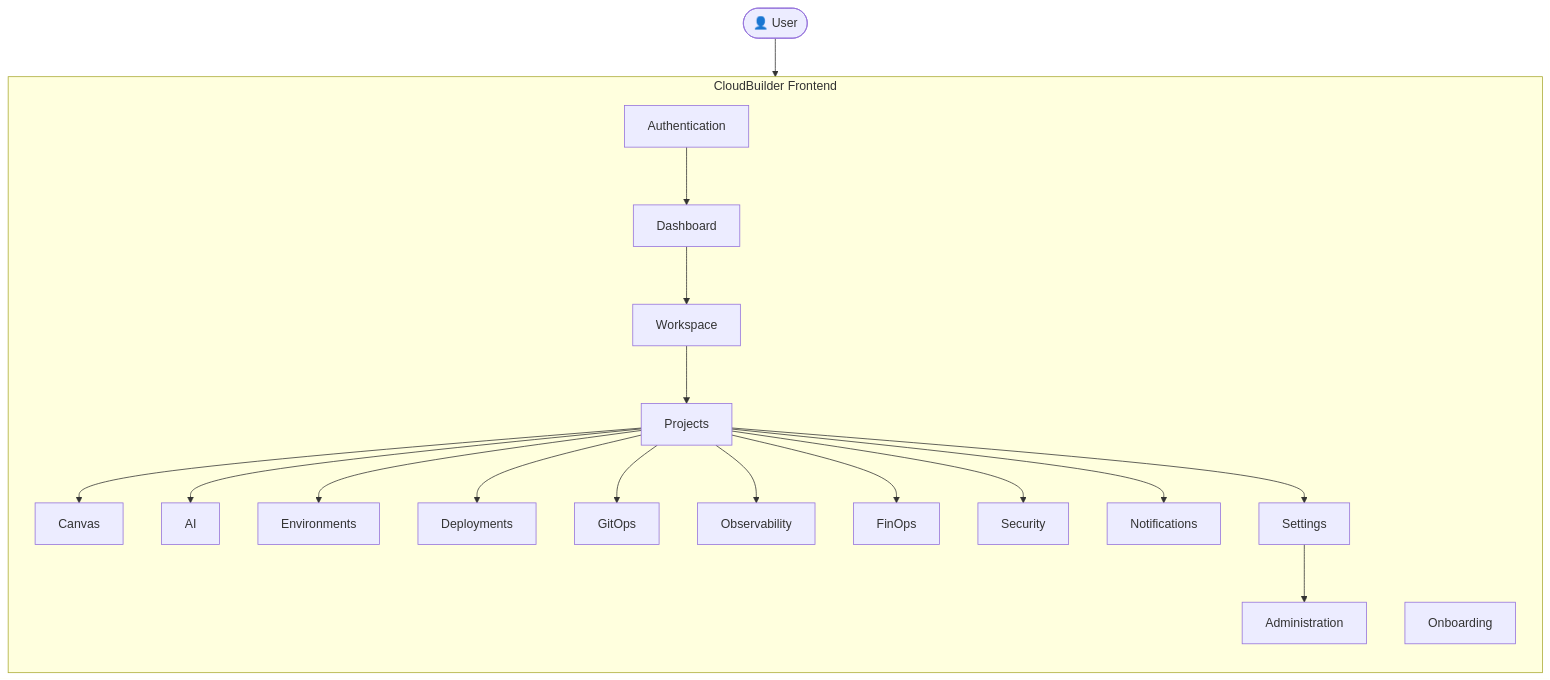
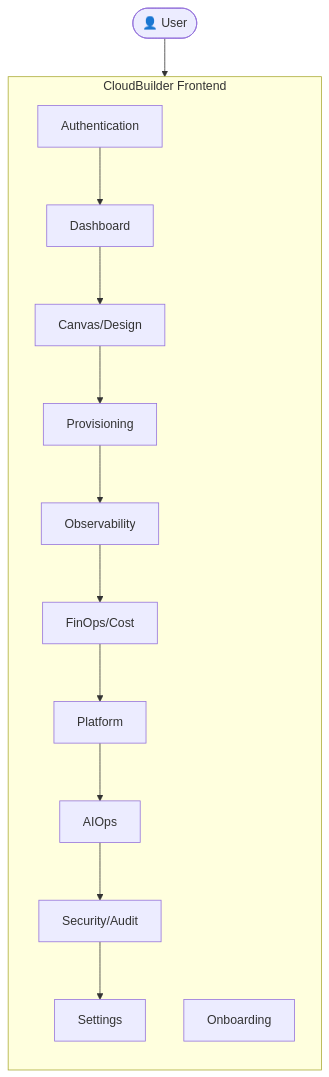
One commit to matalvesdev/cloudbuilder changed the first of 20 diagrams in docs/architecture/frontend/DIAGRAMS.md. Above: the diagram before and after it, drawn with Mermaid. The commit also changed other lines of this file and 159 other files, not shown here.

````diff
--- a/docs/architecture/frontend/DIAGRAMS.md
+++ b/docs/architecture/frontend/DIAGRAMS.md
@@ -9,40 +9,30 @@
 ```mermaid
 flowchart TB
     User(["👤 User"])
 
     subgraph CloudBuilderFrontend["CloudBuilder Frontend"]
         direction TB
         Authentication["Authentication"]
         Onboarding["Onboarding"]
         Dashboard["Dashboard"]
-        Workspace["Workspace"]
-        Projects["Projects"]
-        Canvas["Canvas"]
-        AI["AI"]
-        Environments["Environments"]
-        Deployments["Deployments"]
-        GitOps["GitOps"]
+        Canvas["Canvas/Design"]
+        Provisioning["Provisioning"]
         Observability["Observability"]
-        FinOps["FinOps"]
-        Security["Security"]
-        Notifications["Notifications"]
+        FinOps["FinOps/Cost"]
+        Platform["Platform"]
+        AIOps["AIOps"]
+        Security["Security/Audit"]
         Settings["Settings"]
-        Administration["Administration"]
     end
 
     User --> Authentication
     Authentication --> Dashboard
-    Dashboard --> Workspace
-    Workspace --> Projects
-    Projects --> Canvas
-    Projects --> AI
-    Projects --> Environments
-    Projects --> Deployments
-    Projects --> GitOps
-    Projects --> Observability
-    Projects --> FinOps
-    Projects --> Security
-    Projects --> Notifications
-    Projects --> Settings
-    Settings --> Administration
+    Dashboard --> Canvas
+    Canvas --> Provisioning
+    Provisioning --> Observability
+    Observability --> FinOps
+    FinOps --> Platform
+    Platform --> AIOps
+    AIOps --> Security
+    Security --> Settings
 ```
````
